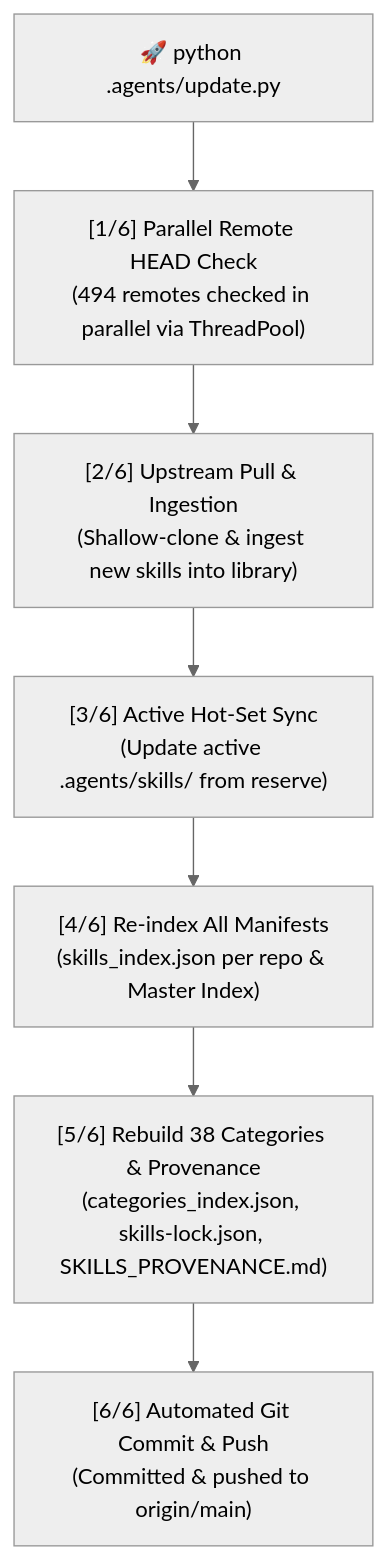
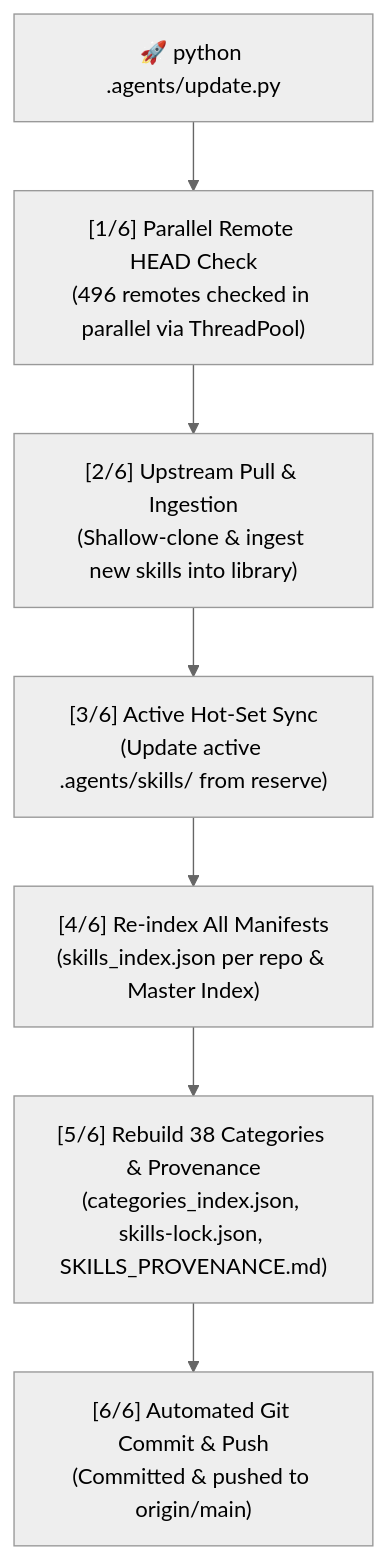
The diagram in README.md (SeaXen/agentskills), drawn with Mermaid (neutral theme) before and after one commit. The commit also changed other lines of this file and 15396 other files, not shown here.

````diff
--- a/README.md
+++ b/README.md
@@ -155,9 +155,9 @@
 ```mermaid
 flowchart TD
-    A["🚀 python .agents/update.py"] --> B["[1/6] Parallel Remote HEAD Check<br/>(494 remotes checked in parallel via ThreadPool)"]
+    A["🚀 python .agents/update.py"] --> B["[1/6] Parallel Remote HEAD Check<br/>(496 remotes checked in parallel via ThreadPool)"]
     B --> C["[2/6] Upstream Pull & Ingestion<br/>(Shallow-clone & ingest new skills into library)"]
     C --> D["[3/6] Active Hot-Set Sync<br/>(Update active .agents/skills/ from reserve)"]
     D --> E["[4/6] Re-index All Manifests<br/>(skills_index.json per repo & Master Index)"]
     E --> F["[5/6] Rebuild 38 Categories & Provenance<br/>(categories_index.json, skills-lock.json, SKILLS_PROVENANCE.md)"]
     F --> G["[6/6] Automated Git Commit & Push<br/>(Committed & pushed to origin/main)"]
 ```
````
